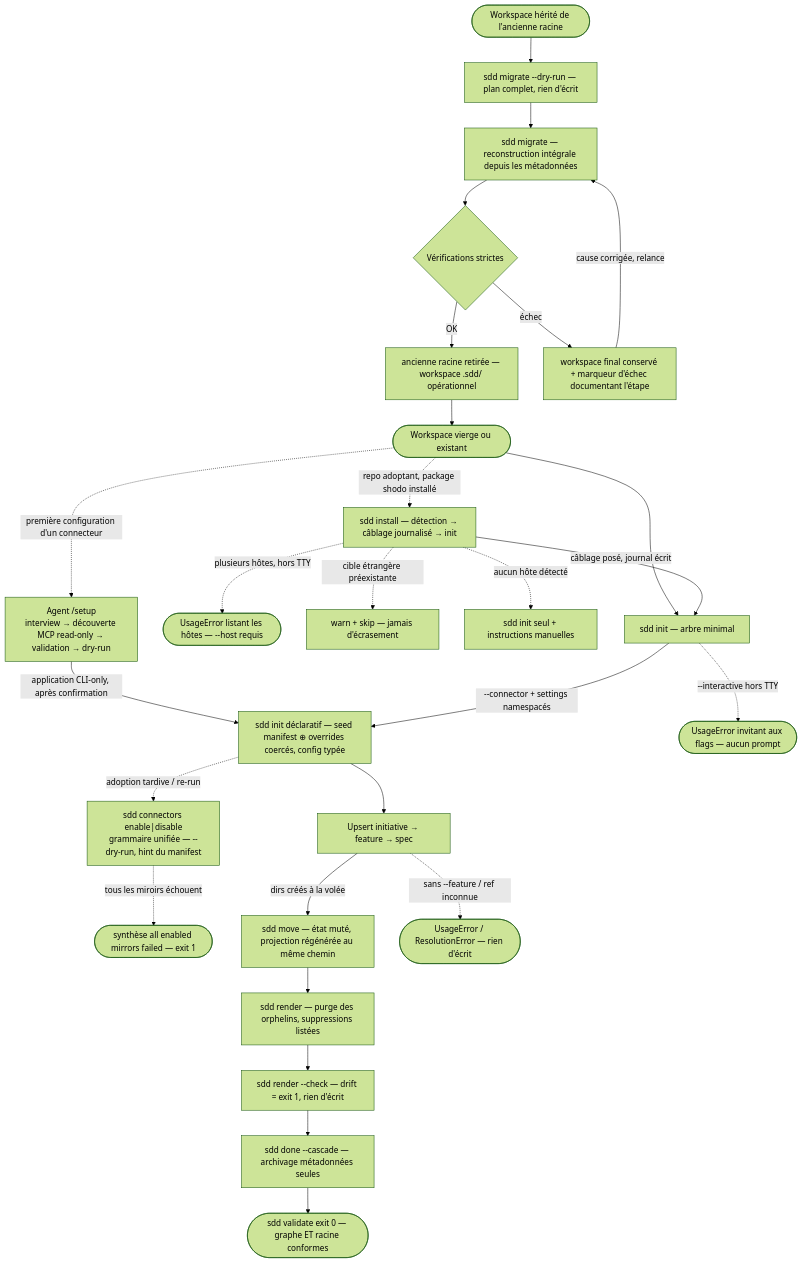
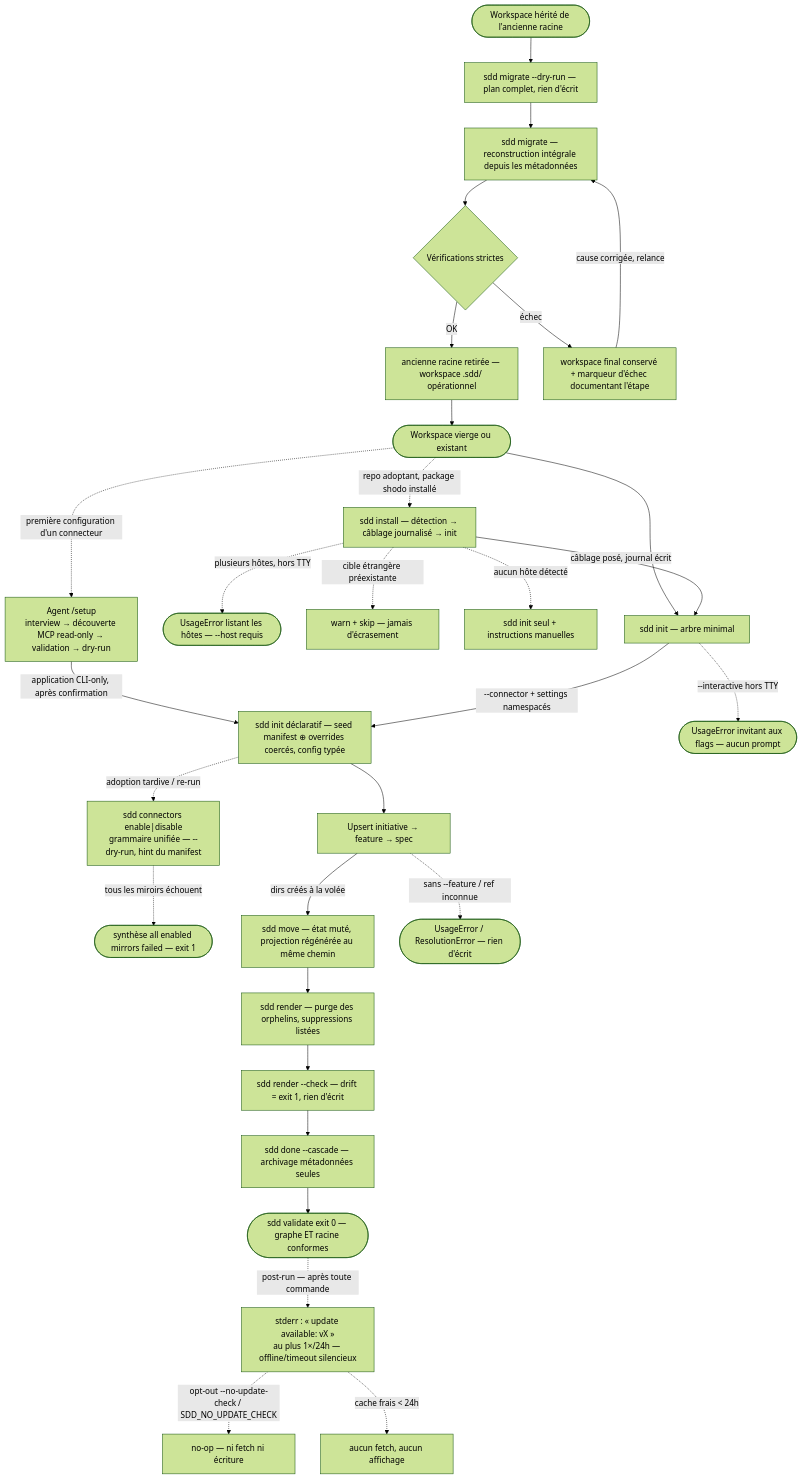
The diagram in .sdd/knowledge/domains/spec-model/behavior.md (ngdo-pro/sdd), drawn with Mermaid (forest theme) before and after one commit. The commit also changed other lines of this file and 22 other files, not shown here.

First line of the commit message:
feat(cli): notice de mise à jour post-run (spec 009)

````diff
--- a/.sdd/knowledge/domains/spec-model/behavior.md
+++ b/.sdd/knowledge/domains/spec-model/behavior.md
@@ -28,29 +29,32 @@
 ```mermaid
 flowchart TD
     Legacy([Workspace hérité de l'ancienne racine]) --> Plan[sdd migrate --dry-run — plan complet, rien d'écrit]
     Plan --> Migrate[sdd migrate — reconstruction intégrale depuis les métadonnées]
     Migrate --> Gate{Vérifications strictes}
     Gate -->|OK| Retire[ancienne racine retirée — workspace .sdd/ opérationnel]
     Gate -->|échec| Marker[workspace final conservé + marqueur d'échec documentant l'étape]
     Marker -->|cause corrigée, relance| Migrate
     Retire --> Start
     Start([Workspace vierge ou existant]) --> Init[sdd init — arbre minimal]
     Start -.->|repo adoptant, package shodo installé| Inst["sdd install — détection → câblage journalisé → init"]
     Inst -.->|plusieurs hôtes, hors TTY| ErrHost([UsageError listant les hôtes — --host requis])
     Inst -.->|cible étrangère préexistante| WarnSkip[warn + skip — jamais d'écrasement]
     Inst -->|câblage posé, journal écrit| Init
     Inst -.->|aucun hôte détecté| Deg[sdd init seul + instructions manuelles]
     Start -.->|première configuration d'un connecteur| Setup["Agent /setup<br>interview → découverte MCP read-only → validation → dry-run"]
     Setup -->|application CLI-only, après confirmation| Decl
     Init -->|--connector + settings namespacés| Decl[sdd init déclaratif — seed manifest ⊕ overrides coercés, config typée]
     Init -.->|--interactive hors TTY| ErrTTY([UsageError invitant aux flags — aucun prompt])
     Decl --> Frame[Upsert initiative → feature → spec]
     Decl -.->|adoption tardive / re-run| Late["sdd connectors enable|disable<br>grammaire unifiée — --dry-run, hint du manifest"]
     Late -.->|tous les miroirs échouent| Fail1([synthèse all enabled mirrors failed — exit 1])
     Frame -->|dirs créés à la volée| Move[sdd move — état muté, projection régénérée au même chemin]
     Frame -.->|sans --feature / ref inconnue| Err([UsageError / ResolutionError — rien d'écrit])
     Move --> Render[sdd render — purge des orphelins, suppressions listées]
     Render --> Check[sdd render --check — drift = exit 1, rien d'écrit]
     Check --> Done[sdd done --cascade — archivage métadonnées seules]
     Done --> Valid([sdd validate exit 0 — graphe ET racine conformes])
+    Valid -.->|post-run — après toute commande| Notice["stderr : « update available: vX »<br>au plus 1×/24h — offline/timeout silencieux"]
+    Notice -.->|opt-out --no-update-check / SDD_NO_UPDATE_CHECK| Mute[no-op — ni fetch ni écriture]
+    Notice -.->|cache frais < 24h| NoFetch[aucun fetch, aucun affichage]
 ```
````
